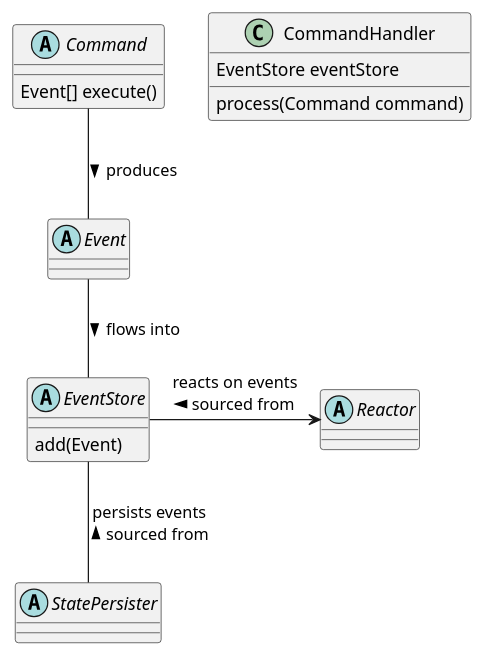
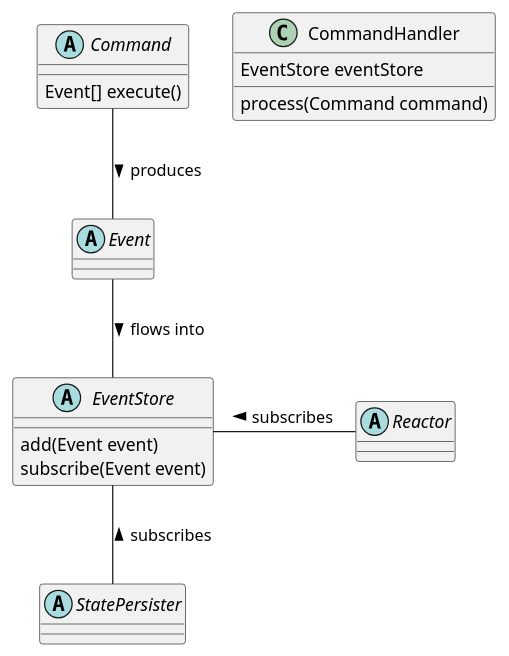
The diagram in part2/stories/src/main/resources/domain-classes.puml (joaovicente/stories-event-driven-study), drawn with PlantUML before and after one commit.

Commit message:
improved class diagram

```diff
--- a/part2/stories/src/main/resources/domain-classes.puml
+++ b/part2/stories/src/main/resources/domain-classes.puml
@@ -1,25 +1,26 @@
 @startuml
 
 abstract class Command {
     Event[] execute()
 }
 
 abstract class Event
 abstract class EventStore   {
-    add(Event)
+    add(Event event)
+    subscribe(Event event)
 }
 abstract StatePersister
 abstract class Reactor
 
 class CommandHandler {
     EventStore eventStore
     {method} process(Command command)
 }
 
 Command -down- Event : produces >
 Event -down- EventStore : flows into >
-EventStore -down- StatePersister : persists events\n sourced from <
-EventStore -right> Reactor : reacts on events\n sourced from <
+EventStore -down- StatePersister : subscribes <
+EventStore -right- Reactor : subscribes <
 
 
 @enduml
```
